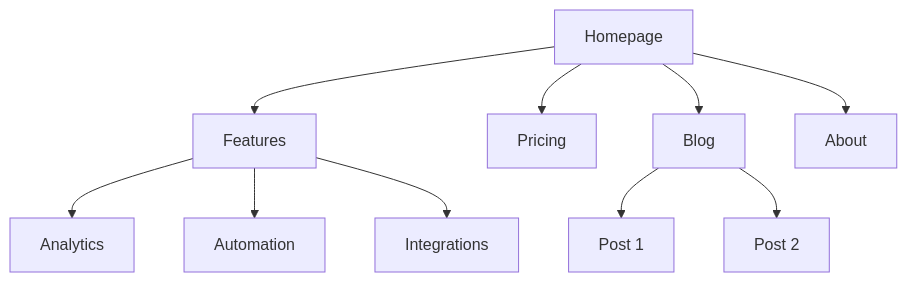
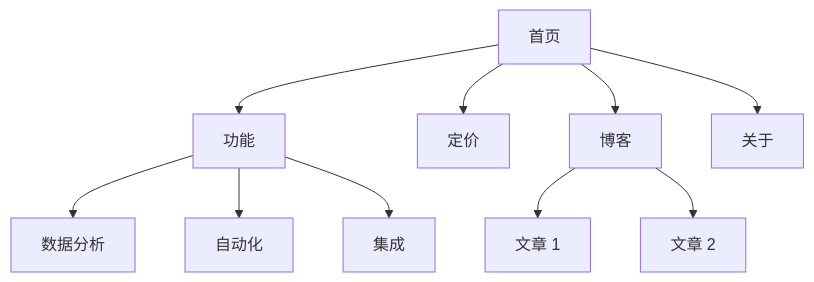
One commit to norahe0304-art/30x-seo-cn changed the first of 2 diagrams in skills/30x-seo-architecture/SKILL.md. Above: the diagram before and after it, drawn with Mermaid. The commit also changed other lines of this file and 22 other files, not shown here.

````diff
--- a/skills/30x-seo-architecture/SKILL.md
+++ b/skills/30x-seo-architecture/SKILL.md
@@ -219,14 +218,14 @@
 ```mermaid
 graph TD
-    HOME[Homepage] --> FEAT[Features]
-    HOME --> PRICE[Pricing]
-    HOME --> BLOG[Blog]
-    HOME --> ABOUT[About]
+    HOME[首页] --> FEAT[功能]
+    HOME --> PRICE[定价]
+    HOME --> BLOG[博客]
+    HOME --> ABOUT[关于]
 
-    FEAT --> F1[Analytics]
-    FEAT --> F2[Automation]
-    FEAT --> F3[Integrations]
+    FEAT --> F1[数据分析]
+    FEAT --> F2[自动化]
+    FEAT --> F3[集成]
 
-    BLOG --> B1[Post 1]
-    BLOG --> B2[Post 2]
+    BLOG --> B1[文章 1]
+    BLOG --> B2[文章 2]
 ```
````
